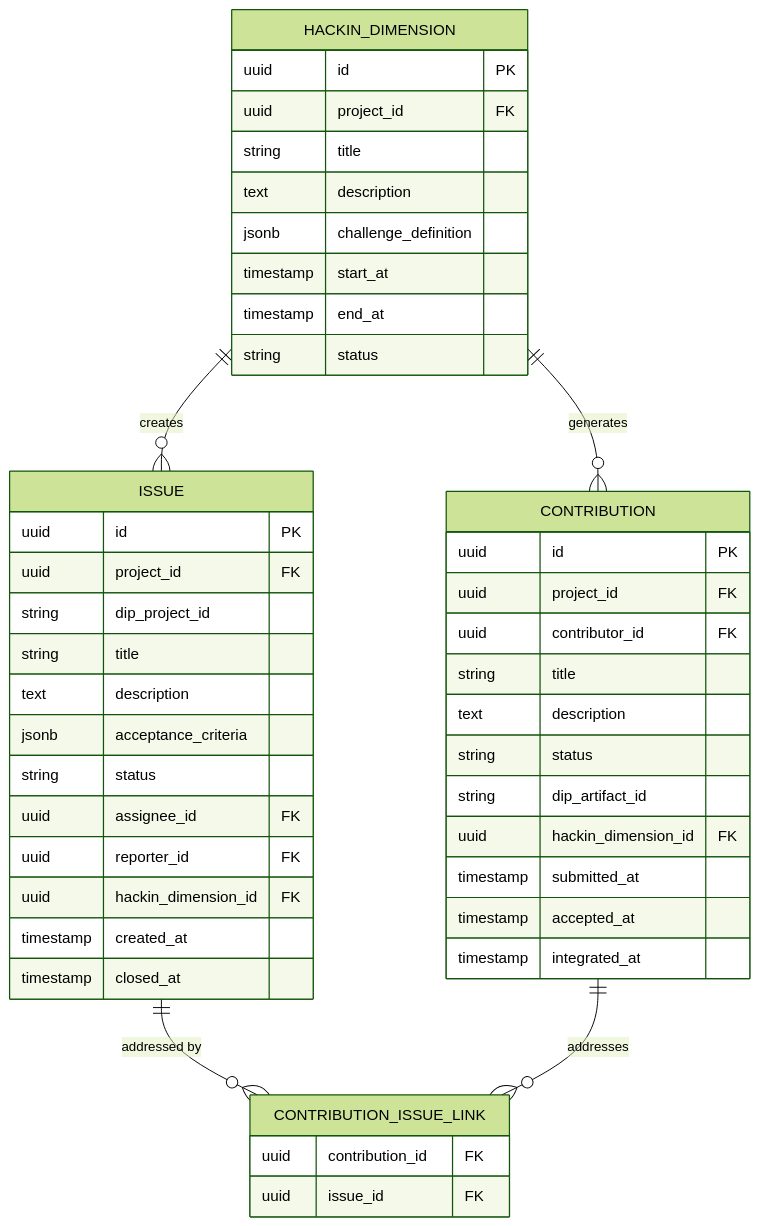
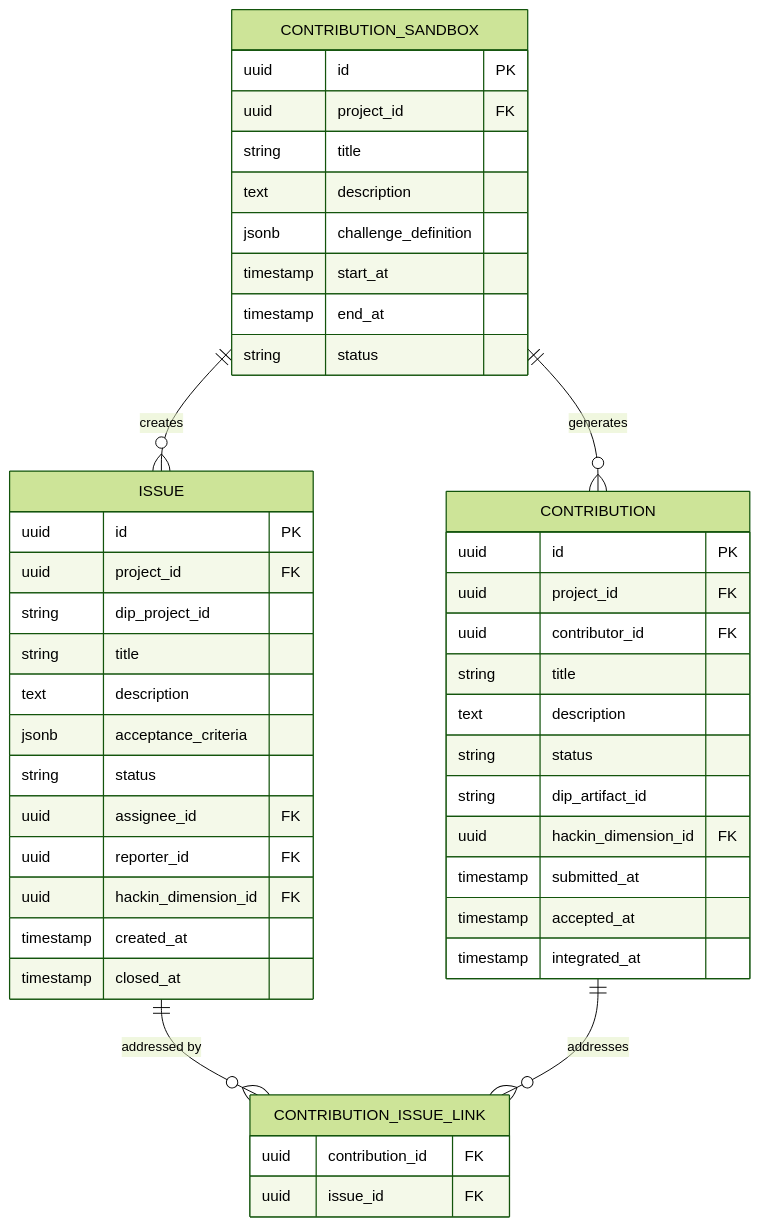
The third of 3 diagrams in docs/architecture/domains/hub/subdomains/collaboration-layer.md (syntropy-cc/syntropy-platform), drawn with Mermaid (forest theme) before and after one commit. The commit also changed other lines of this file and 10 other files, not shown here.

````diff
--- a/docs/architecture/domains/hub/subdomains/collaboration-layer.md
+++ b/docs/architecture/domains/hub/subdomains/collaboration-layer.md
@@ -79,52 +79,52 @@
 ```mermaid
 erDiagram
     ISSUE {
         uuid id PK
         uuid project_id FK
         string dip_project_id
         string title
         text description
         jsonb acceptance_criteria
         string status
         uuid assignee_id FK
         uuid reporter_id FK
         uuid hackin_dimension_id FK
         timestamp created_at
         timestamp closed_at
     }
 
     CONTRIBUTION {
         uuid id PK
         uuid project_id FK
         uuid contributor_id FK
         string title
         text description
         string status
         string dip_artifact_id
         uuid hackin_dimension_id FK
         timestamp submitted_at
         timestamp accepted_at
         timestamp integrated_at
     }
 
     CONTRIBUTION_ISSUE_LINK {
         uuid contribution_id FK
         uuid issue_id FK
     }
 
-    HACKIN_DIMENSION {
+    CONTRIBUTION_SANDBOX {
         uuid id PK
         uuid project_id FK
         string title
         text description
         jsonb challenge_definition
         timestamp start_at
         timestamp end_at
         string status
     }
 
     ISSUE ||--o{ CONTRIBUTION_ISSUE_LINK : "addressed by"
     CONTRIBUTION ||--o{ CONTRIBUTION_ISSUE_LINK : "addresses"
-    HACKIN_DIMENSION ||--o{ CONTRIBUTION : "generates"
-    HACKIN_DIMENSION ||--o{ ISSUE : "creates"
+    CONTRIBUTION_SANDBOX ||--o{ CONTRIBUTION : "generates"
+    CONTRIBUTION_SANDBOX ||--o{ ISSUE : "creates"
 ```
````
